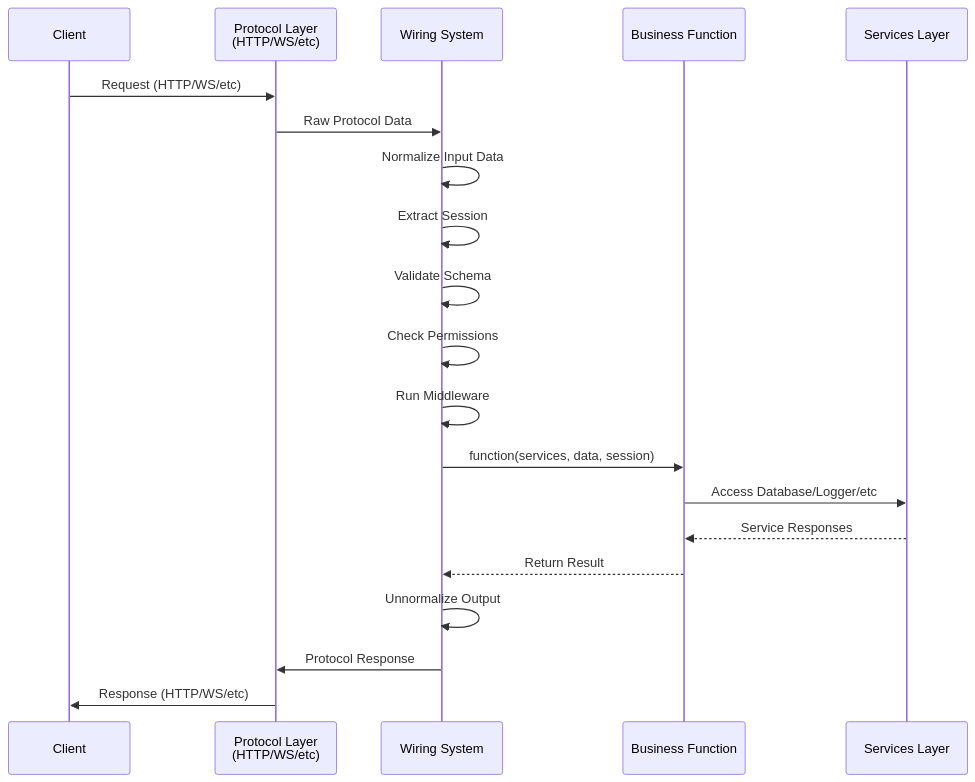
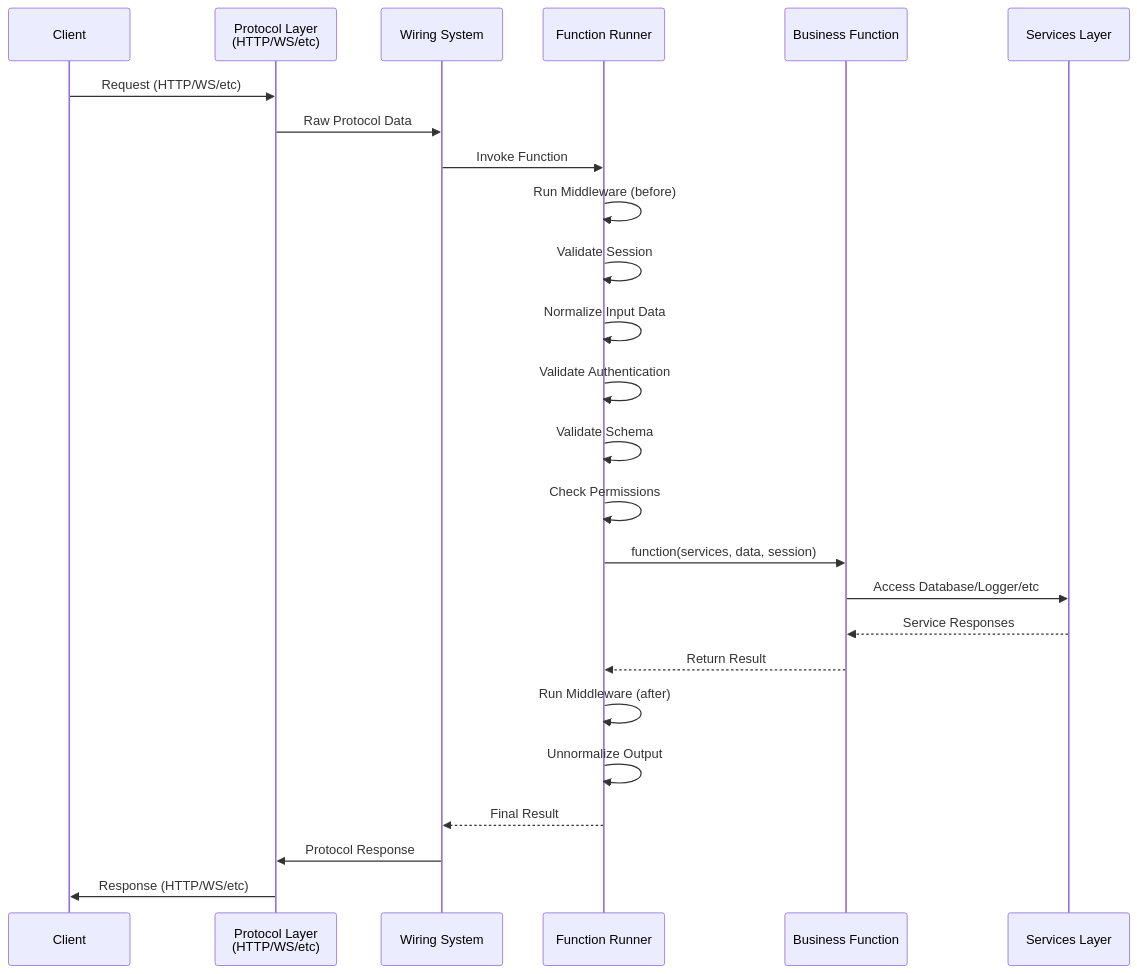
One commit to pikkujs/website changed the second of 5 diagrams in docs/philosophy/architecture.md. Above: the diagram before and after it, drawn with Mermaid. The commit also changed other lines of this file and 13 other files, not shown here.

````diff
--- a/docs/philosophy/architecture.md
+++ b/docs/philosophy/architecture.md
@@ -62,26 +65,33 @@
 ```mermaid
 sequenceDiagram
     participant Client
     participant Protocol as Protocol Layer<br/>(HTTP/WS/etc)
     participant Wiring as Wiring System
+    participant Runner as Function Runner
     participant Function as Business Function
     participant Services as Services Layer
 
     Client->>Protocol: Request (HTTP/WS/etc)
     Protocol->>Wiring: Raw Protocol Data
-    
-    Wiring->>Wiring: Normalize Input Data
-    Wiring->>Wiring: Extract Session
-    Wiring->>Wiring: Validate Schema
-    Wiring->>Wiring: Check Permissions
-    Wiring->>Wiring: Run Middleware
-    
-    Wiring->>Function: function(services, data, session)
+
+    Wiring->>Runner: Invoke Function
+
+    Runner->>Runner: Run Middleware (before)
+    Runner->>Runner: Validate Session
+    Runner->>Runner: Normalize Input Data
+    Runner->>Runner: Validate Authentication
+    Runner->>Runner: Validate Schema
+    Runner->>Runner: Check Permissions
+
+    Runner->>Function: function(services, data, session)
     Function->>Services: Access Database/Logger/etc
     Services-->>Function: Service Responses
-    Function-->>Wiring: Return Result
-    
-    Wiring->>Wiring: Unnormalize Output
+    Function-->>Runner: Return Result
+
+    Runner->>Runner: Run Middleware (after)
+    Runner->>Runner: Unnormalize Output
+    Runner-->>Wiring: Final Result
+
     Wiring->>Protocol: Protocol Response
     Protocol->>Client: Response (HTTP/WS/etc)
 ```
````
